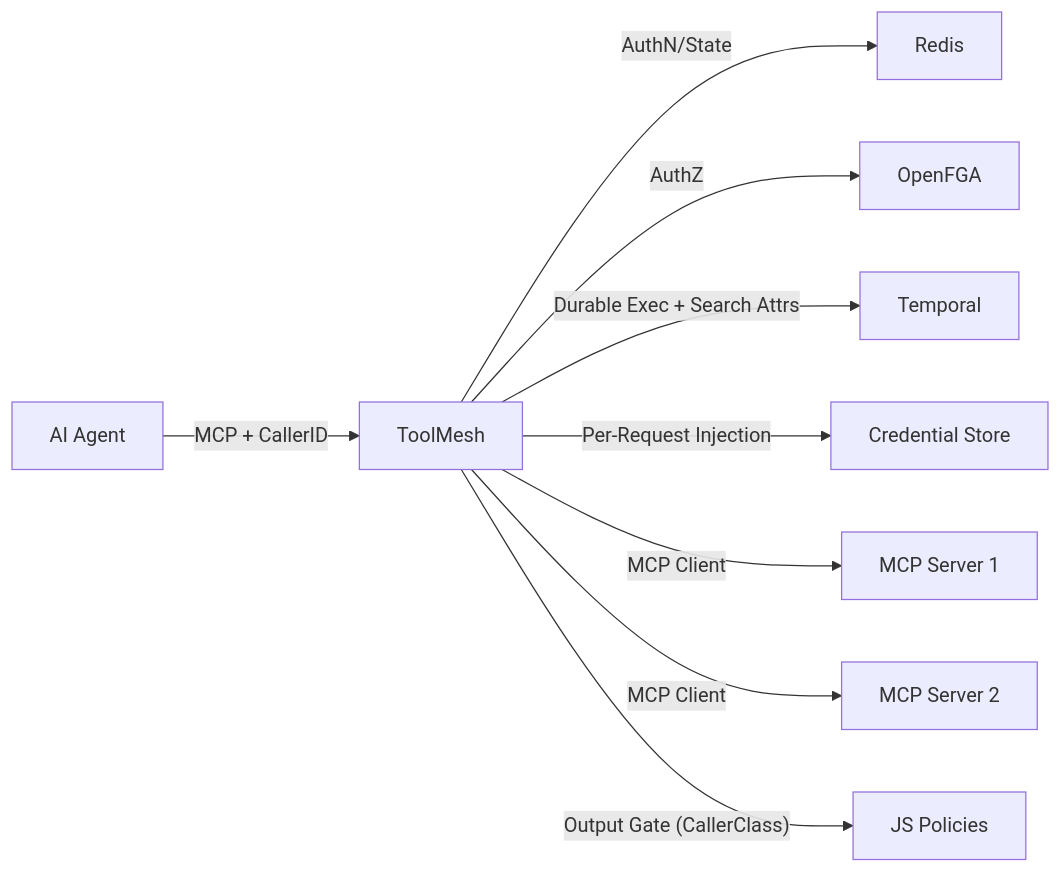
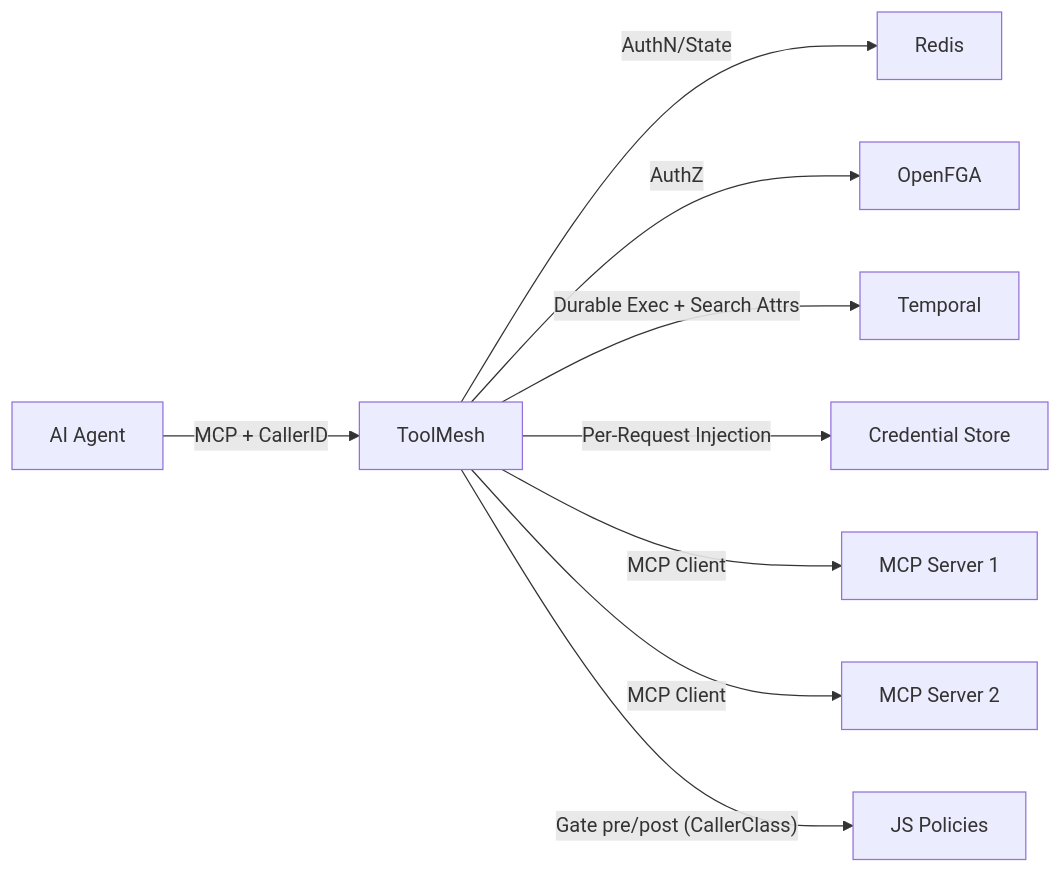
Before and after one commit to DunkelCloud/ToolMesh: the diagram in README.md, drawn with Mermaid. The commit also changed other lines of this file and 12 other files, not shown here.

First line of the commit message:
feat: add pre/post gate phases to executor pipeline

````diff
--- a/README.md
+++ b/README.md
@@ -206,11 +207,11 @@
 ```mermaid
 graph LR
     Agent[AI Agent] -->|"MCP + CallerID"| TM[ToolMesh]
     TM -->|AuthN/State| Redis
     TM -->|AuthZ| FGA[OpenFGA]
     TM -->|Durable Exec + Search Attrs| Temporal
     TM -->|Per-Request Injection| CS[Credential Store]
     TM -->|MCP Client| B1[MCP Server 1]
     TM -->|MCP Client| B2[MCP Server 2]
-    TM -->|"Output Gate (CallerClass)"| Policy[JS Policies]
+    TM -->|"Gate pre/post (CallerClass)"| Policy[JS Policies]
 ```
````
